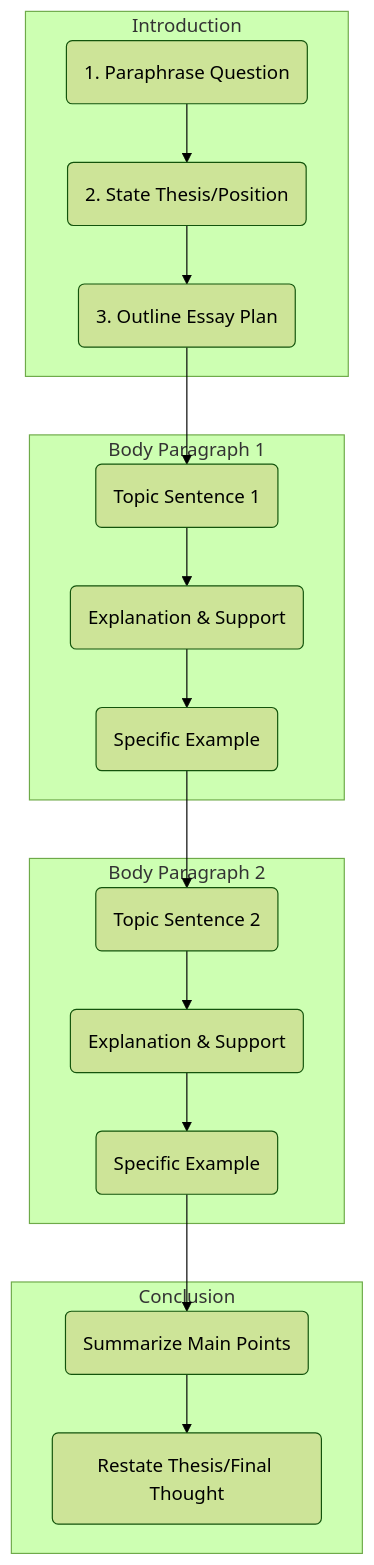
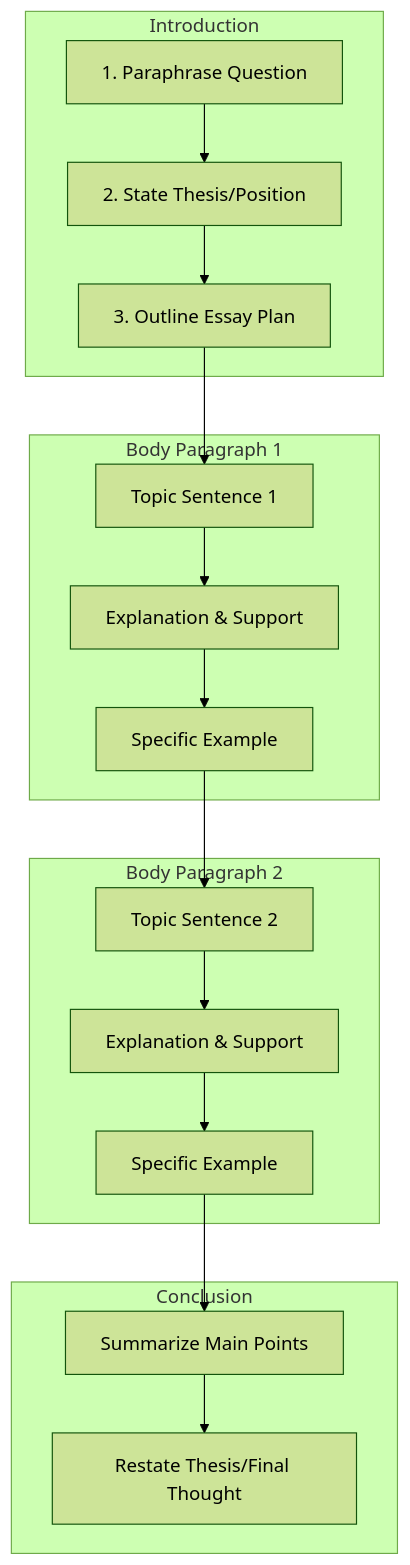
One commit to Jest-Test-Team/Ielts changed the diagram in writing/task2/procedure.md. Above: the diagram before and after it, drawn with Mermaid (forest theme).

Commit message:
fix : mermaid hurdles

````diff
--- a/writing/task2/procedure.md
+++ b/writing/task2/procedure.md
@@ -5,22 +5,22 @@
 ```mermaid
 graph TD
     subgraph Introduction
-        A1("1. Paraphrase Question") --> A2("2. State Thesis/Position") --> A3("3. Outline Essay Plan");
+        A1["1. Paraphrase Question"] --> A2["2. State Thesis/Position"] --> A3["3. Outline Essay Plan"]
     end
 
-    subgraph Body Paragraph 1
-        B1("Topic Sentence 1") --> B2("Explanation & Support") --> B3("Specific Example");
+    subgraph "Body Paragraph 1"
+        B1["Topic Sentence 1"] --> B2["Explanation & Support"] --> B3["Specific Example"]
     end
 
-    subgraph Body Paragraph 2
-        C1("Topic Sentence 2") --> C2("Explanation & Support") --> C3("Specific Example");
+    subgraph "Body Paragraph 2"
+        C1["Topic Sentence 2"] --> C2["Explanation & Support"] --> C3["Specific Example"]
     end
 
     subgraph Conclusion
-        D1("Summarize Main Points") --> D2("Restate Thesis/Final Thought");
+        D1["Summarize Main Points"] --> D2["Restate Thesis/Final Thought"]
     end
 
-    A3 --> B1;
-    B3 --> C1;
-    C3 --> D1;
+    A3 --> B1
+    B3 --> C1
+    C3 --> D1
 ```
````
